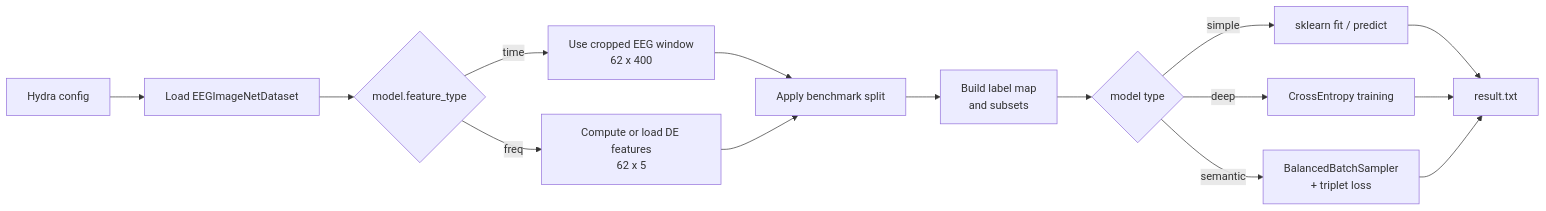
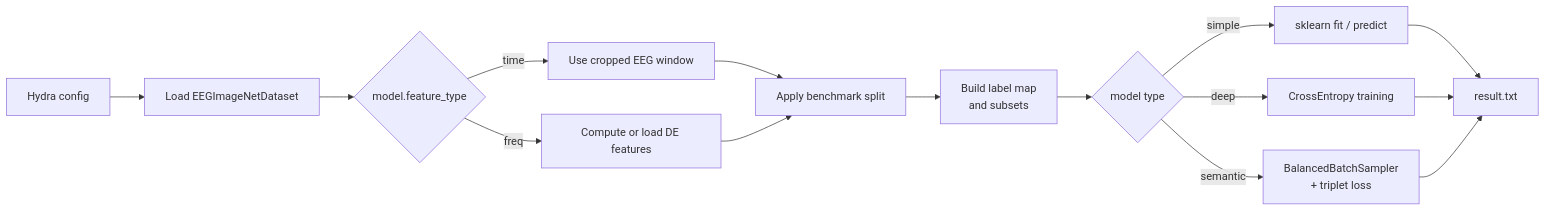
The first of 4 diagrams in README.md (RTae/SUPA-EEG), drawn with Mermaid before and after one commit. The commit also changed other lines of this file and 7 other files, not shown here.

````diff
--- a/README.md
+++ b/README.md
@@ -147,17 +147,17 @@
 ```mermaid
 flowchart LR
     A[Hydra config] --> B[Load EEGImageNetDataset]
     B --> C{model.feature_type}
-    C -->|time| D[Use cropped EEG window\n62 x 400]
-    C -->|freq| E[Compute or load DE features\n62 x 5]
+    C -->|time| D[Use cropped EEG window]
+    C -->|freq| E[Compute or load DE features]
     D --> F[Apply benchmark split]
     E --> F
     F --> G[Build label map\nand subsets]
     G --> H{model type}
     H -->|simple| I[sklearn fit / predict]
     H -->|deep| J[CrossEntropy training]
     H -->|semantic| K[BalancedBatchSampler\n+ triplet loss]
     I --> L[result.txt]
     J --> L
     K --> L
 ```
````
